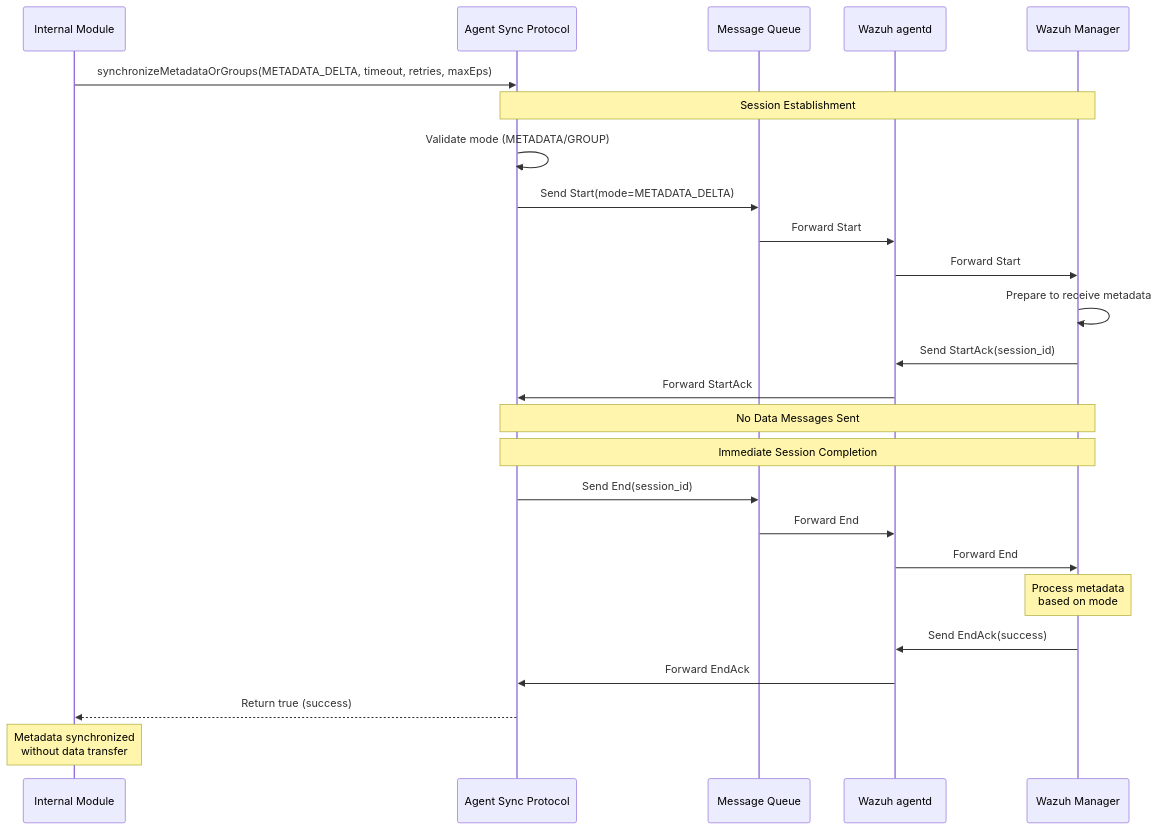
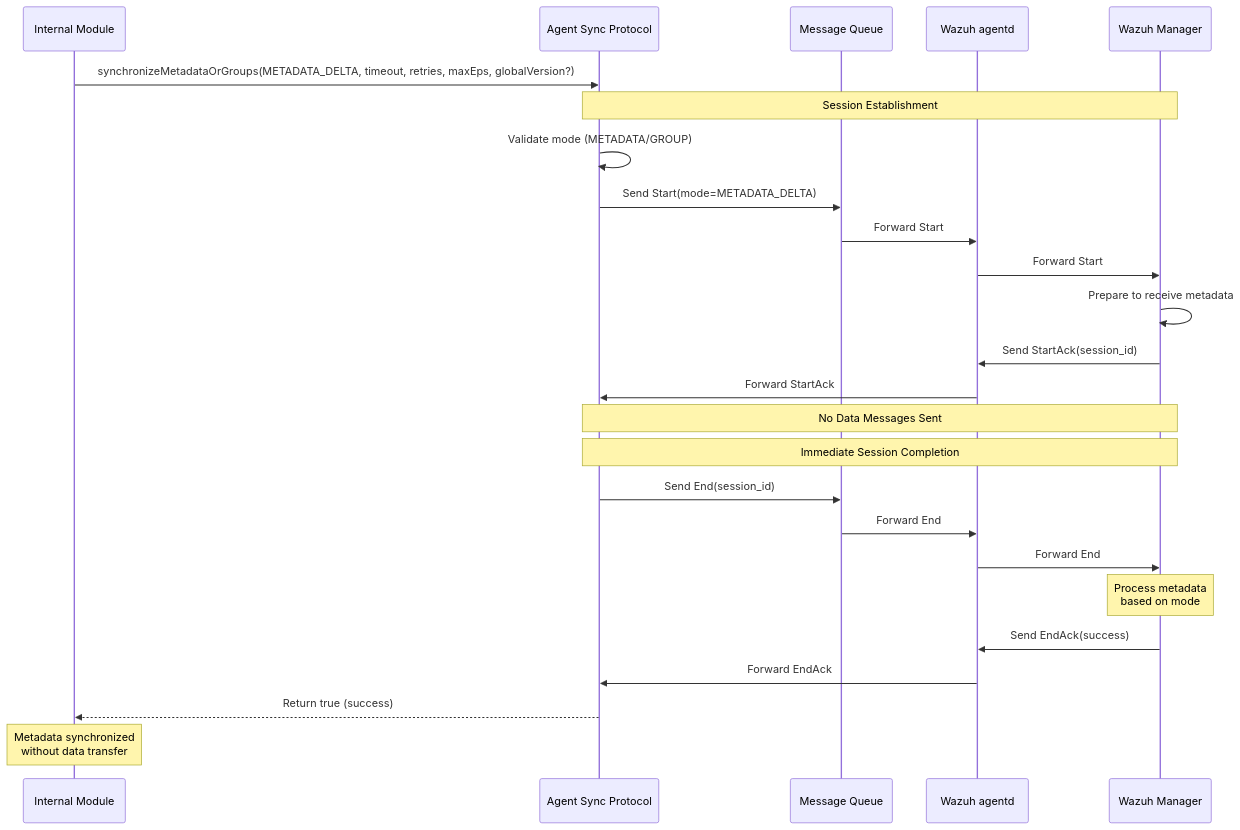
Before and after one commit to wazuh/wazuh: the tenth of 11 diagrams in docs/ref/modules/utils/sync-protocol/sequence-diagrams.md, drawn with Mermaid. The commit also changed 9 other files, not shown here.

Commit message:
feat(AgentSyncProtocol): the globalVersion parameter is passed to the synchronizeMetadataOrGroups and sendStartAndWaitAck methods and is included in the Start message only when called from synchronizeMetadataOrGroups.

````diff
--- a/docs/ref/modules/utils/sync-protocol/sequence-diagrams.md
+++ b/docs/ref/modules/utils/sync-protocol/sequence-diagrams.md
@@ -382,35 +382,35 @@
 ```mermaid
 sequenceDiagram
     participant Module as Internal Module
     participant ASP as Agent Sync Protocol
     participant MQ as Message Queue
     participant AD as Wazuh agentd
     participant Manager as Wazuh Manager
 
-    Module->>ASP: synchronizeMetadataOrGroups(METADATA_DELTA, timeout, retries, maxEps)
+    Module->>ASP: synchronizeMetadataOrGroups(METADATA_DELTA, timeout, retries, maxEps, globalVersion?)
 
     Note over ASP,Manager: Session Establishment
     ASP->>ASP: Validate mode (METADATA/GROUP)
     ASP->>MQ: Send Start(mode=METADATA_DELTA)
     MQ->>AD: Forward Start
     AD->>Manager: Forward Start
     Manager->>Manager: Prepare to receive metadata
     Manager->>AD: Send StartAck(session_id)
     AD->>ASP: Forward StartAck
 
     Note over ASP,Manager: No Data Messages Sent
 
     Note over ASP,Manager: Immediate Session Completion
     ASP->>MQ: Send End(session_id)
     MQ->>AD: Forward End
     AD->>Manager: Forward End
 
     Note over Manager: Process metadata<br/>based on mode
 
     Manager->>AD: Send EndAck(success)
     AD->>ASP: Forward EndAck
 
     ASP-->>Module: Return true (success)
 
     Note over Module: Metadata synchronized<br/>without data transfer
 ```
````
